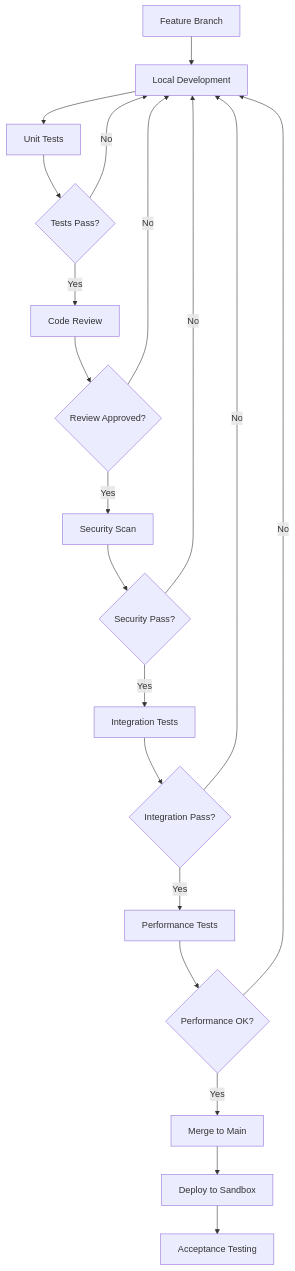
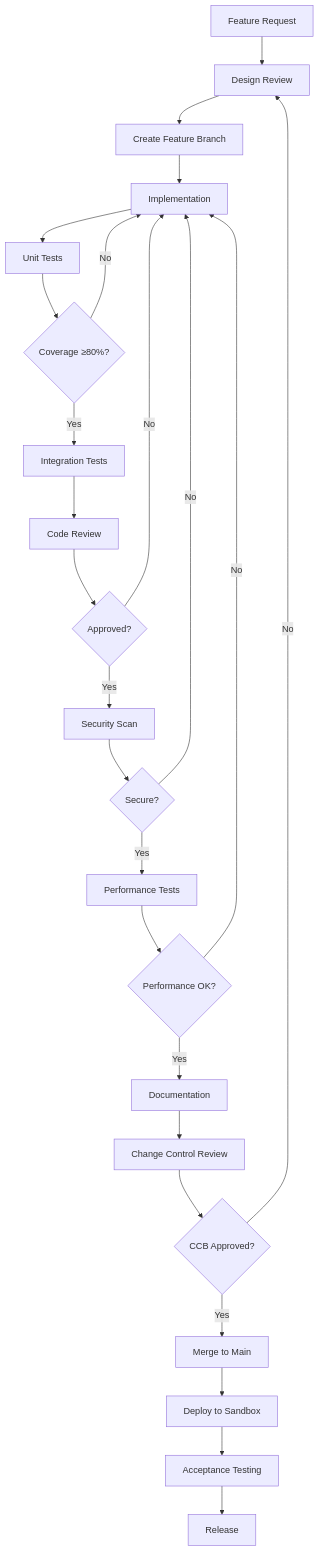
One commit to Robbbo-T/A-Q-U-A_V changed the third of 4 diagrams in PRODUCT_LINES/AMPEL360/BOB/FLIGHT SIMULATOR/QFSE/25MAP0001/DESIGN/TECHNICAL_DOCS/AMP-QFSE-25MAP0001-DES-BOB-TEC-TD-ATA-099-00-01-TPL-DES-001-QSTR-v1.0.0.pdfAMP-QFSE-25MAP0001-DES-BOB-TEC-TD-ATA-099-00-01-TPL-DES-001-QSTR-v1.0.0.md. Above: the diagram before and after it, drawn with Mermaid. The commit also changed other lines of this file, not shown here.

````diff
--- a/PRODUCT_LINES/AMPEL360/BOB/FLIGHT SIMULATOR/QFSE/25MAP0001/DESIGN/TECHNICAL_DOCS/AMP-QFSE-25MAP0001-DES-BOB-TEC-TD-ATA-099-00-01-TPL-DES-001-QSTR-v1.0.0.pdfAMP-QFSE-25MAP0001-DES-BOB-TEC-TD-ATA-099-00-01-TPL-DES-001-QSTR-v1.0.0.md
+++ b/PRODUCT_LINES/AMPEL360/BOB/FLIGHT SIMULATOR/QFSE/25MAP0001/DESIGN/TECHNICAL_DOCS/AMP-QFSE-25MAP0001-DES-BOB-TEC-TD-ATA-099-00-01-TPL-DES-001-QSTR-v1.0.0.pdfAMP-QFSE-25MAP0001-DES-BOB-TEC-TD-ATA-099-00-01-TPL-DES-001-QSTR-v1.0.0.md
@@ -1312,22 +3562,27 @@
 ```mermaid
 graph TD
-    A[Feature Branch] --> B[Local Development]
-    B --> C[Unit Tests]
-    C --> D{Tests Pass?}
-    D -->|No| B
-    D -->|Yes| E[Code Review]
-    E --> F{Review Approved?}
-    F -->|No| B
-    F -->|Yes| G[Security Scan]
-    G --> H{Security Pass?}
-    H -->|No| B
-    H -->|Yes| I[Integration Tests]
-    I --> J{Integration Pass?}
-    J -->|No| B
-    J -->|Yes| K[Performance Tests]
-    K --> L{Performance OK?}
-    L -->|No| B
-    L -->|Yes| M[Merge to Main]
-    M --> N[Deploy to Sandbox]
-    N --> O[Acceptance Testing]
+    A[Feature Request] --> B[Design Review]
+    B --> C[Create Feature Branch]
+    C --> D[Implementation]
+    D --> E[Unit Tests]
+    E --> F{Coverage ≥80%?}
+    F -->|No| D
+    F -->|Yes| G[Integration Tests]
+    G --> H[Code Review]
+    H --> I{Approved?}
+    I -->|No| D
+    I -->|Yes| J[Security Scan]
+    J --> K{Secure?}
+    K -->|No| D
+    K -->|Yes| L[Performance Tests]
+    L --> M{Performance OK?}
+    M -->|No| D
+    M -->|Yes| N[Documentation]
+    N --> O[Change Control Review]
+    O --> P{CCB Approved?}
+    P -->|No| B
+    P -->|Yes| Q[Merge to Main]
+    Q --> R[Deploy to Sandbox]
+    R --> S[Acceptance Testing]
+    S --> T[Release]
 ```
````
